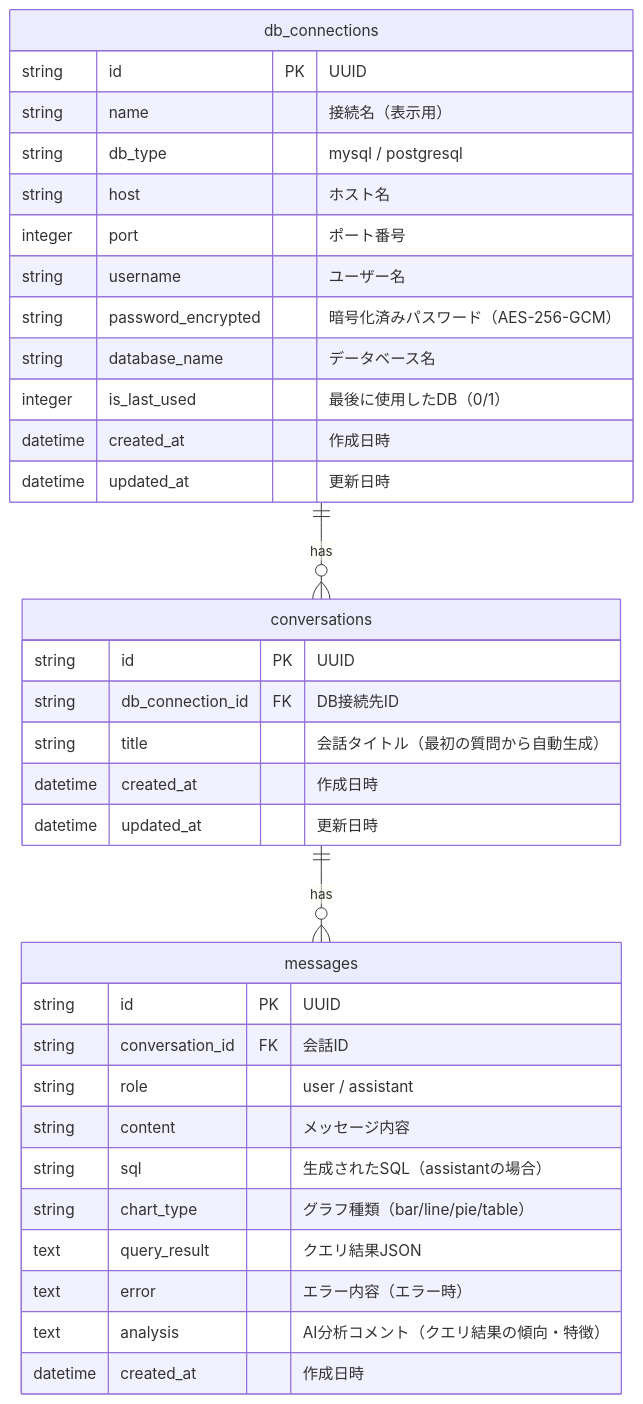
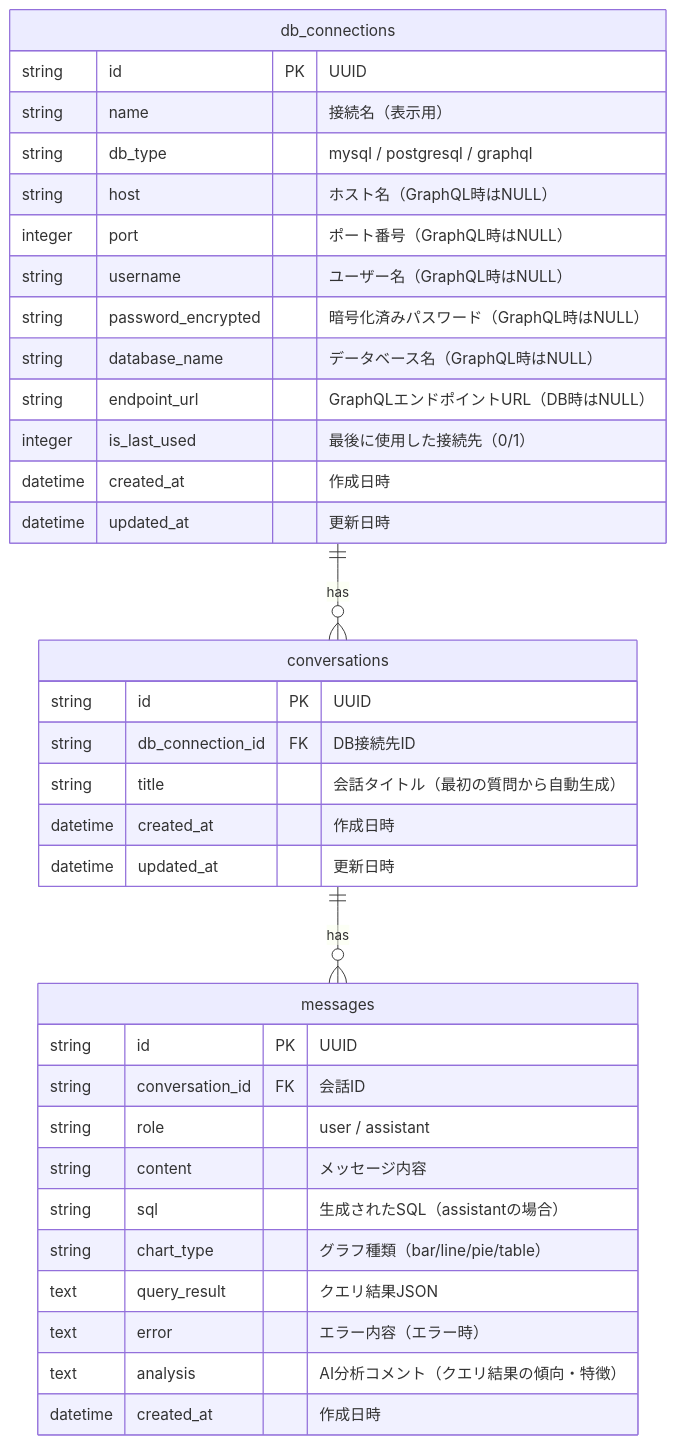
The diagram in ai_generated/requirements/db.md (okegawaatclink/gaido-dataagent), drawn with Mermaid before and after one commit. The commit also changed other lines of this file and 4 other files, not shown here.

First line of the commit message:
docs(requirements): add GraphQL connection support requirements (v1.1)

````diff
--- a/ai_generated/requirements/db.md
+++ b/ai_generated/requirements/db.md
@@ -7,40 +7,41 @@
 ```mermaid
 erDiagram
     db_connections {
         string id PK "UUID"
         string name "接続名（表示用）"
-        string db_type "mysql / postgresql"
-        string host "ホスト名"
-        integer port "ポート番号"
-        string username "ユーザー名"
-        string password_encrypted "暗号化済みパスワード（AES-256-GCM）"
-        string database_name "データベース名"
-        integer is_last_used "最後に使用したDB（0/1）"
+        string db_type "mysql / postgresql / graphql"
+        string host "ホスト名（GraphQL時はNULL）"
+        integer port "ポート番号（GraphQL時はNULL）"
+        string username "ユーザー名（GraphQL時はNULL）"
+        string password_encrypted "暗号化済みパスワード（GraphQL時はNULL）"
+        string database_name "データベース名（GraphQL時はNULL）"
+        string endpoint_url "GraphQLエンドポイントURL（DB時はNULL）"
+        integer is_last_used "最後に使用した接続先（0/1）"
         datetime created_at "作成日時"
         datetime updated_at "更新日時"
     }
 
     conversations {
         string id PK "UUID"
         string db_connection_id FK "DB接続先ID"
         string title "会話タイトル（最初の質問から自動生成）"
         datetime created_at "作成日時"
         datetime updated_at "更新日時"
     }
 
     messages {
         string id PK "UUID"
         string conversation_id FK "会話ID"
         string role "user / assistant"
         string content "メッセージ内容"
         string sql "生成されたSQL（assistantの場合）"
         string chart_type "グラフ種類（bar/line/pie/table）"
         text query_result "クエリ結果JSON"
         text error "エラー内容（エラー時）"
         text analysis "AI分析コメント（クエリ結果の傾向・特徴）"
         datetime created_at "作成日時"
     }
 
     db_connections ||--o{ conversations : "has"
     conversations ||--o{ messages : "has"
 ```
````
